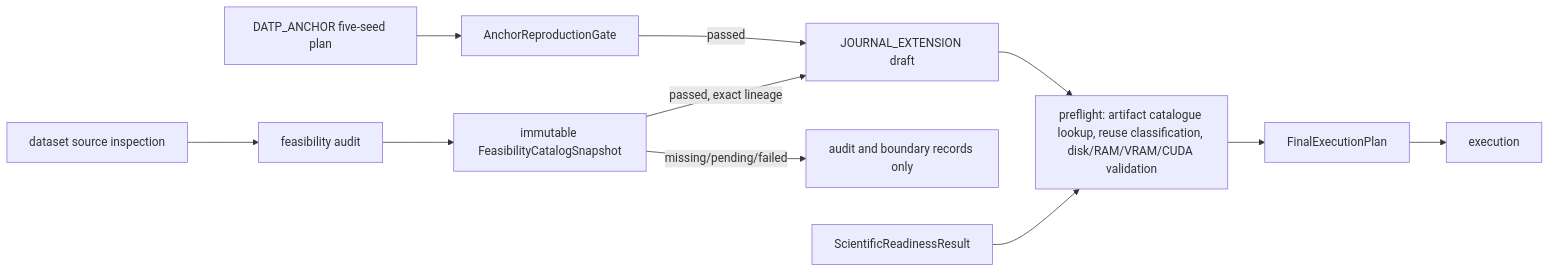
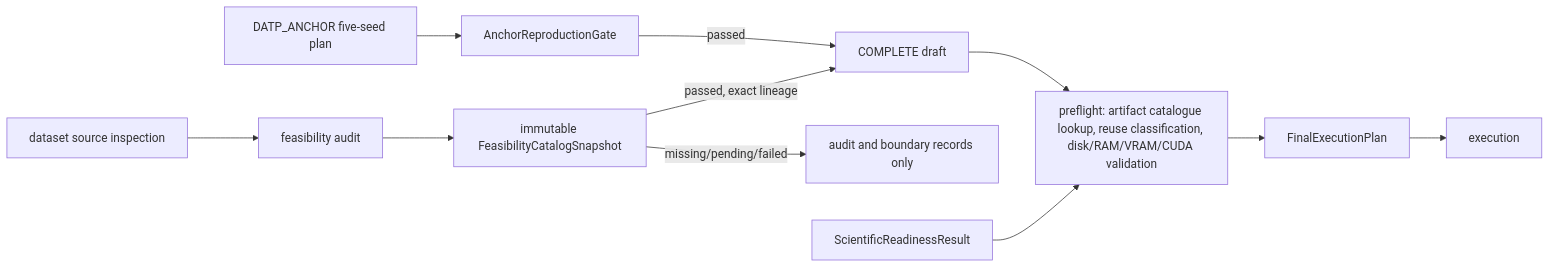
The fifth of 11 diagrams in docs/DATP Core Architecture.md (naslouby-salahe/datp-core), drawn with Mermaid before and after one commit. The commit also changed other lines of this file and 42 other files, not shown here.

````diff
--- a/docs/DATP Core Architecture.md
+++ b/docs/DATP Core Architecture.md
@@ -1726,13 +1726,13 @@
 ```mermaid
 graph LR
     AR[DATP_ANCHOR five-seed plan] --> AG[AnchorReproductionGate]
-    AG -->|passed| JP[JOURNAL_EXTENSION draft]
+    AG -->|passed| JP[COMPLETE draft]
     DI[dataset source inspection] --> FA[feasibility audit]
     FA --> FS[immutable FeasibilityCatalogSnapshot]
     FS -->|missing/pending/failed| AUD[audit and boundary records only]
     FS -->|passed, exact lineage| JP
     JP --> PF[preflight: artifact catalogue lookup, reuse classification, disk/RAM/VRAM/CUDA validation]
     RD[ScientificReadinessResult] --> PF
     PF --> FP[FinalExecutionPlan]
     FP --> EX[execution]
 ```
````
